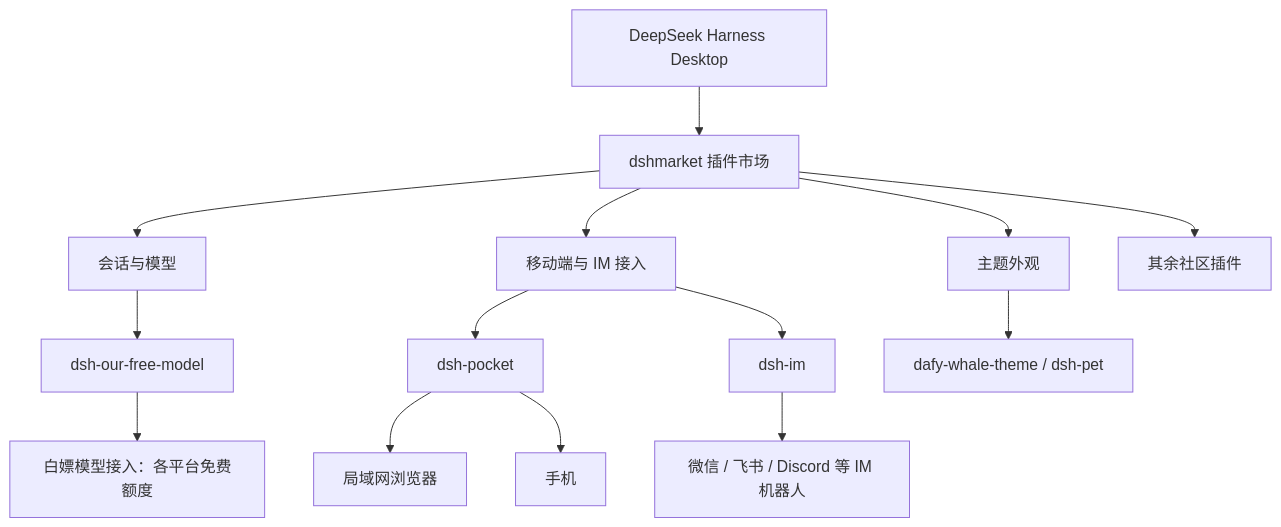
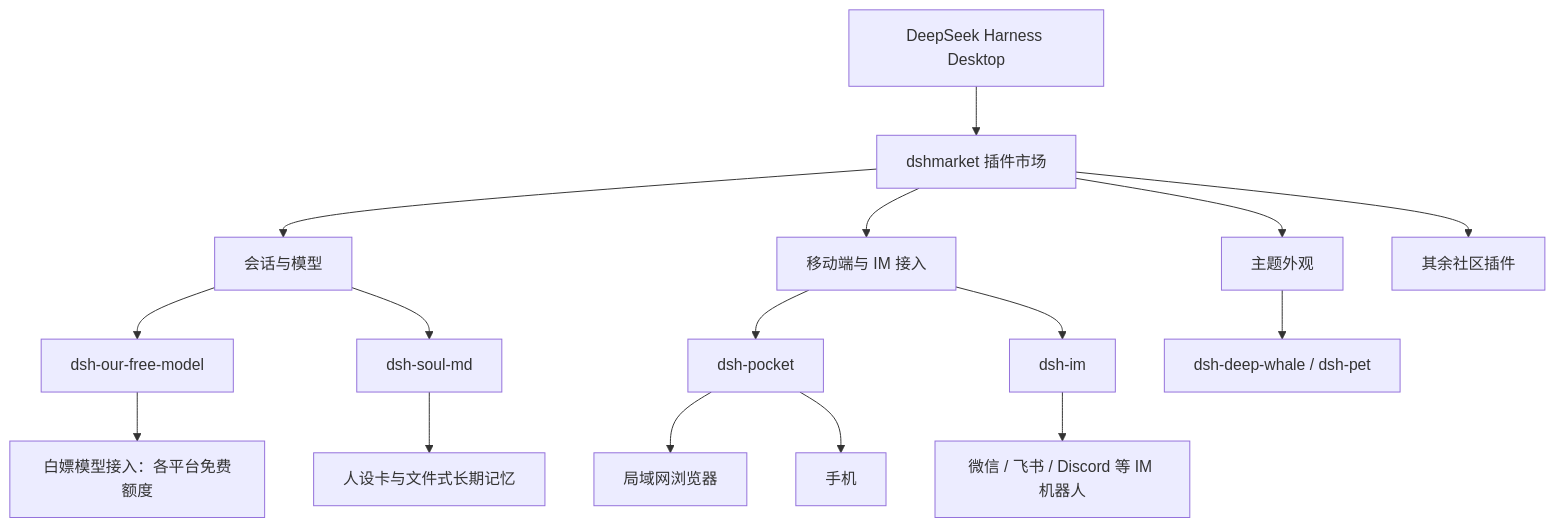
The diagram in pages/posts/deepseek-harness-setup.md (Vincent-the-gamer/vincent), drawn with Mermaid before and after one commit. The commit also changed other lines of this file and 6 other files, not shown here.

````diff
--- a/pages/posts/deepseek-harness-setup.md
+++ b/pages/posts/deepseek-harness-setup.md
@@ -10,16 +10,18 @@
 ```mermaid
 graph TD
     A[DeepSeek Harness Desktop] --> M[dshmarket 插件市场]
     M --> B[会话与模型]
     M --> C[主题外观]
     M --> K[移动端与 IM 接入]
     M --> J[其余社区插件]
     B --> D[dsh-our-free-model]
     D --> E[白嫖模型接入：各平台免费额度]
+    B --> O[dsh-soul-md]
+    O --> P[人设卡与文件式长期记忆]
     K --> F[dsh-pocket]
     F --> G[局域网浏览器]
     F --> H[手机]
     K --> L[dsh-im]
     L --> N[微信 / 飞书 / Discord 等 IM 机器人]
-    C --> I[dafy-whale-theme / dsh-pet]
+    C --> I[dsh-deep-whale / dsh-pet]
 ```
````
